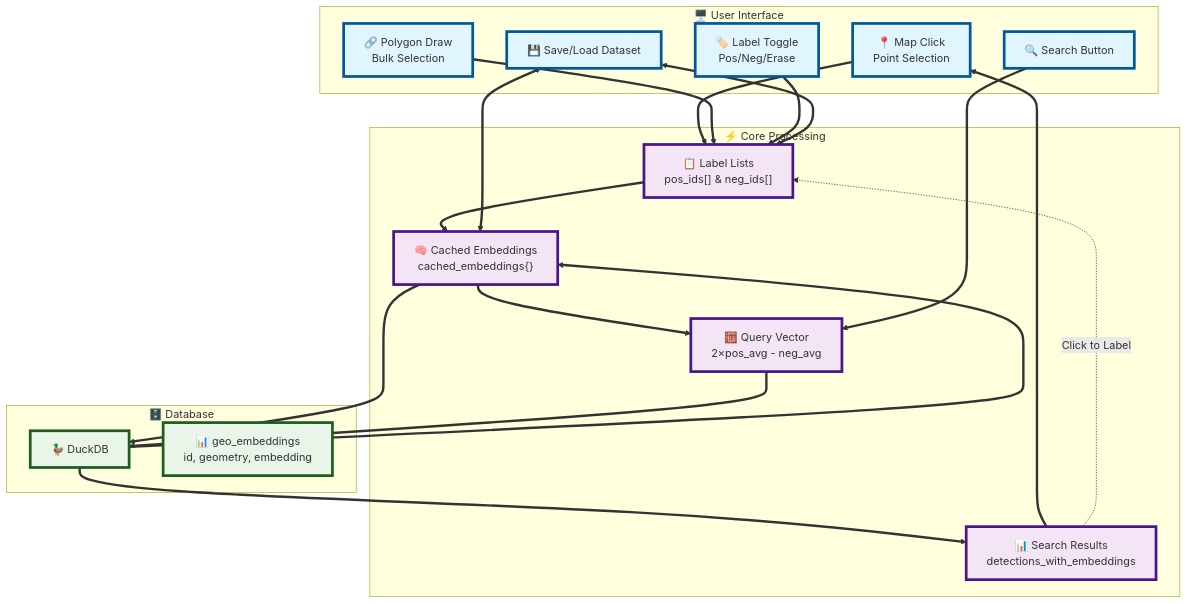
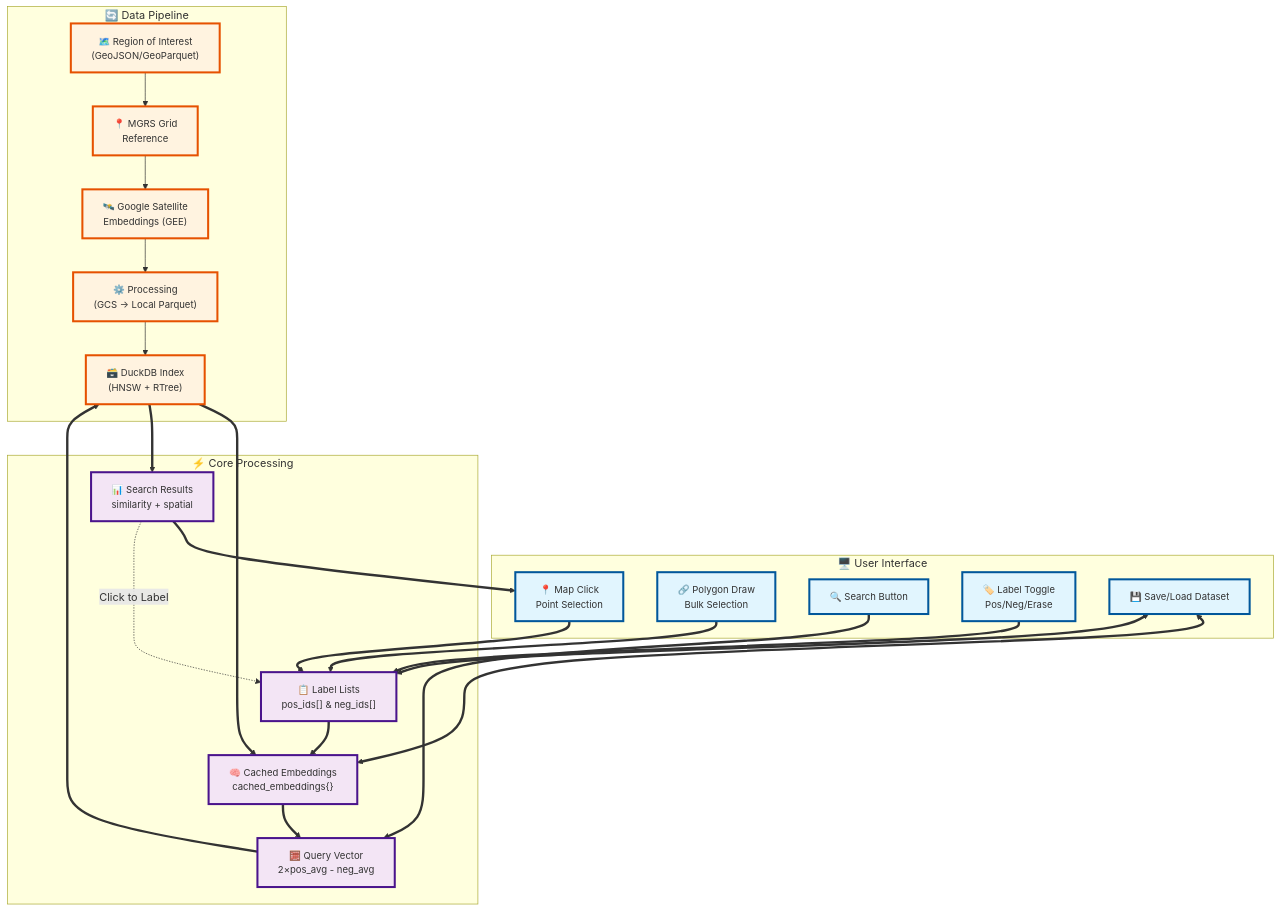
One commit to Epoch-blue/geovibes changed the diagram in README.md. Above: the diagram before and after it, drawn with Mermaid. The commit also changed other lines of this file, not shown here.

````diff
--- a/README.md
+++ b/README.md
@@ -15,52 +14,59 @@
 ```mermaid
 graph TB
+    subgraph DataPipeline["🔄 Data Pipeline"]
+        ROI["🗺️ Region of Interest<br/>(GeoJSON/GeoParquet)"]
+        MGRS["📍 MGRS Grid<br/>Reference"]
+        Embeddings["🛰️ Google Satellite<br/>Embeddings (GEE)"]
+        Processing["⚙️ Processing<br/>(GCS → Local Parquet)"]
+        IndexDB["🗃️ DuckDB Index<br/>(HNSW + RTree)"]
+    end
+    
     subgraph UI["🖥️ User Interface"]
         MapClick["📍 Map Click<br/>Point Selection"]
         PolygonDraw["🔗 Polygon Draw<br/>Bulk Selection"]
         SearchBtn["🔍 Search Button"]
         LabelToggle["🏷️ Label Toggle<br/>Pos/Neg/Erase"]
         SaveLoad["💾 Save/Load Dataset"]
     end
     
     subgraph Core["⚡ Core Processing"]
         LabelLists["📋 Label Lists<br/>pos_ids[] & neg_ids[]"]
         CachedEmbeds["🧠 Cached Embeddings<br/>cached_embeddings{}"]
         QueryVector["🧮 Query Vector<br/>2×pos_avg - neg_avg"]
-        SearchResults["📊 Search Results<br/>detections_with_embeddings"]
+        SearchResults["📊 Search Results<br/>similarity + spatial"]
     end
     
-    subgraph DB["🗄️ Database"]
-        DuckDB["🦆 DuckDB"]
-        GeoTable["📊 geo_embeddings<br/>id, geometry, embedding"]
-    end
+    %% Data Pipeline Flow
+    ROI --> MGRS
+    MGRS --> Embeddings
+    Embeddings --> Processing
+    Processing --> IndexDB
     
-    %% Labeling Flow
+    %% Interactive Search Flow
+    IndexDB ==> CachedEmbeds
     MapClick ==> LabelLists
     PolygonDraw ==> LabelLists
     LabelToggle ==> LabelLists
     LabelLists ==> CachedEmbeds
-    CachedEmbeds ==> DuckDB
-    DuckDB ==> CachedEmbeds
     CachedEmbeds ==> QueryVector
-    
-    %% Search Flow
     SearchBtn ==> QueryVector
-    QueryVector ==> DuckDB
-    DuckDB ==> SearchResults
+    QueryVector ==> IndexDB
+    IndexDB ==> SearchResults
     SearchResults ==> MapClick
     
     %% Feedback Loop
     SearchResults -.->|"Click to Label"| LabelLists
     
     %% Data Persistence
     SaveLoad <==> CachedEmbeds
     SaveLoad <==> LabelLists
     
-    classDef uiClass fill:#e1f5fe,stroke:#01579b,stroke-width:4px,font-size:16px
-    classDef coreClass fill:#f3e5f5,stroke:#4a148c,stroke-width:4px,font-size:16px
-    classDef dbClass fill:#e8f5e8,stroke:#1b5e20,stroke-width:4px,font-size:16px
+    classDef pipelineClass fill:#fff3e0,stroke:#e65100,stroke-width:3px,font-size:14px
+    classDef uiClass fill:#e1f5fe,stroke:#01579b,stroke-width:3px,font-size:14px
+    classDef coreClass fill:#f3e5f5,stroke:#4a148c,stroke-width:3px,font-size:14px
+    classDef dbClass fill:#e8f5e8,stroke:#1b5e20,stroke-width:3px,font-size:14px
     
+    class ROI,MGRS,Embeddings,Processing,IndexDB pipelineClass
     class MapClick,PolygonDraw,SearchBtn,LabelToggle,SaveLoad uiClass
     class LabelLists,CachedEmbeds,QueryVector,SearchResults coreClass
-    class DuckDB,GeoTable dbClass
 ```
````
